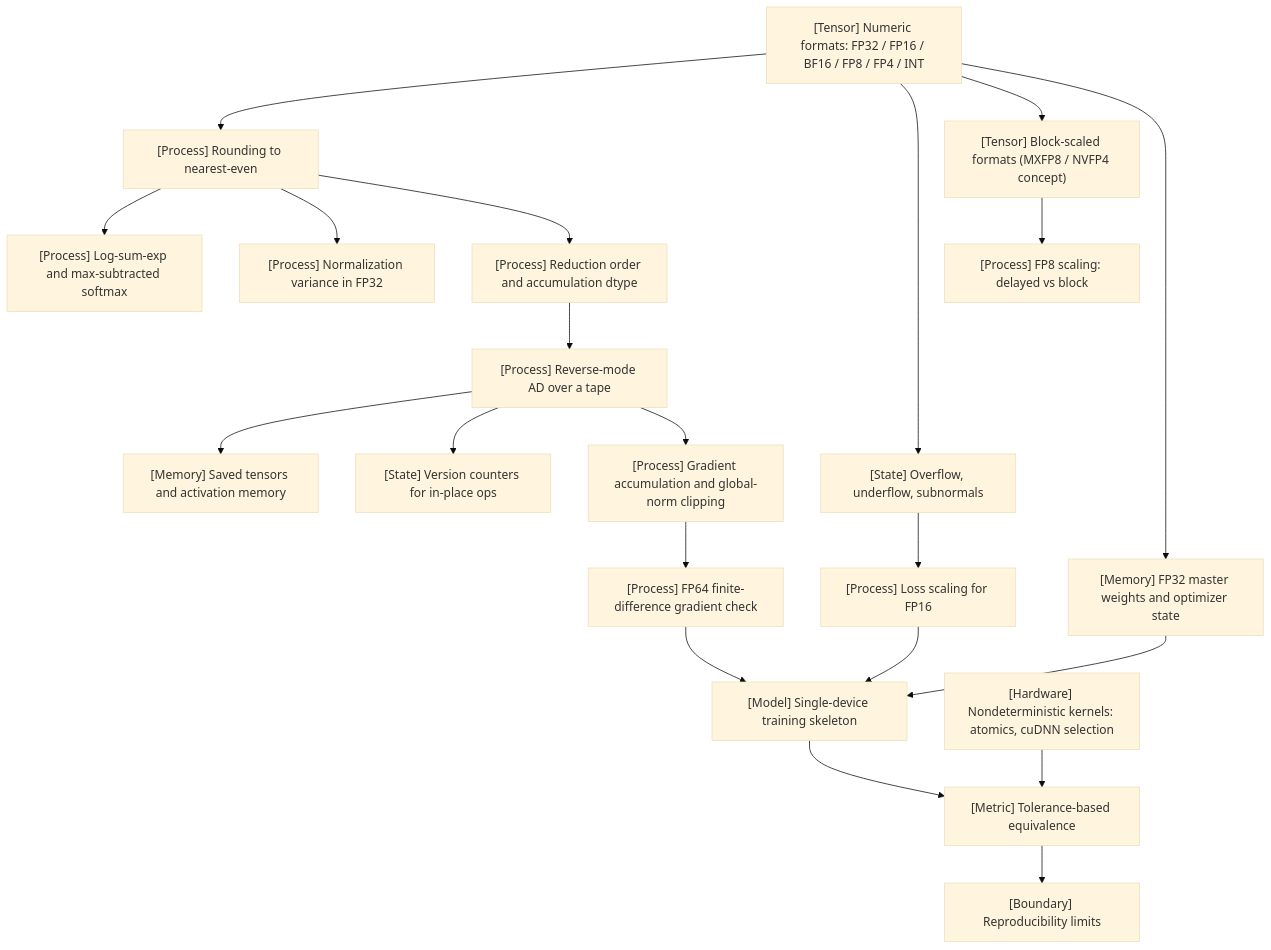
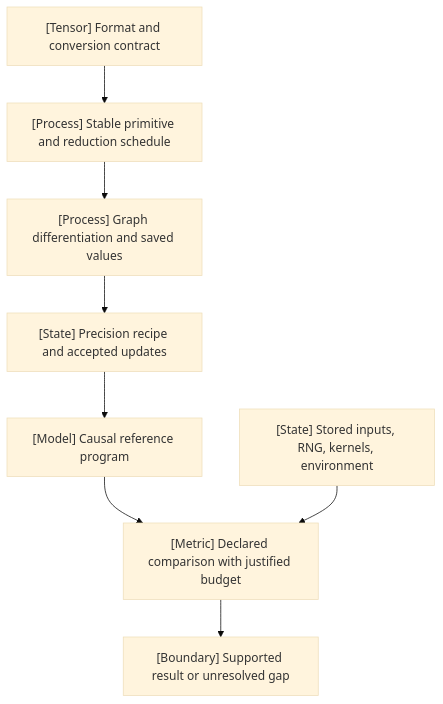
One commit to neuralatlasai/The_Model_Stack changed the diagram in docs/vol-01-learning-and-representation/part-01-scientific-foundations/ch03-numerical-computation-and-trustworthy-training/README.md. Above: the diagram before and after it, drawn with Mermaid (base theme). The commit also changed other lines of this file and 138 other files, not shown here.

````diff
--- a/docs/vol-01-learning-and-representation/part-01-scientific-foundations/ch03-numerical-computation-and-trustworthy-training/README.md
+++ b/docs/vol-01-learning-and-representation/part-01-scientific-foundations/ch03-numerical-computation-and-trustworthy-training/README.md
@@ -66,23 +64,10 @@
 ```mermaid
 flowchart TD
-    A["[Tensor] Numeric formats: FP32 / FP16 / BF16 / FP8 / FP4 / INT"] --> B["[Process] Rounding to nearest-even"]
-    A --> C["[State] Overflow, underflow, subnormals"]
-    A --> D["[Tensor] Block-scaled formats (MXFP8 / NVFP4 concept)"]
-    B --> E["[Process] Log-sum-exp and max-subtracted softmax"]
-    B --> F["[Process] Normalization variance in FP32"]
-    B --> G["[Process] Reduction order and accumulation dtype"]
-    G --> H["[Process] Reverse-mode AD over a tape"]
-    H --> I["[Memory] Saved tensors and activation memory"]
-    H --> J["[State] Version counters for in-place ops"]
-    H --> K["[Process] Gradient accumulation and global-norm clipping"]
-    K --> L["[Process] FP64 finite-difference gradient check"]
-    C --> M["[Process] Loss scaling for FP16"]
-    A --> N["[Memory] FP32 master weights and optimizer state"]
-    D --> O["[Process] FP8 scaling: delayed vs block"]
-    M --> P["[Model] Single-device training skeleton"]
-    N --> P
-    L --> P
-    P --> Q["[Metric] Tolerance-based equivalence"]
-    R["[Hardware] Nondeterministic kernels: atomics, cuDNN selection"] --> Q
-    Q --> S["[Boundary] Reproducibility limits"]
+    F["[Tensor] Format and conversion contract"] --> R["[Process] Stable primitive and reduction schedule"]
+    R --> A["[Process] Graph differentiation and saved values"]
+    A --> P["[State] Precision recipe and accepted updates"]
+    P --> M["[Model] Causal reference program"]
+    M --> C["[Metric] Declared comparison with justified budget"]
+    S["[State] Stored inputs, RNG, kernels, environment"] --> C
+    C --> U["[Boundary] Supported result or unresolved gap"]
 ```
````
